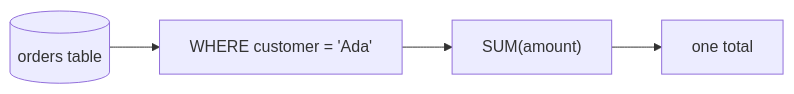
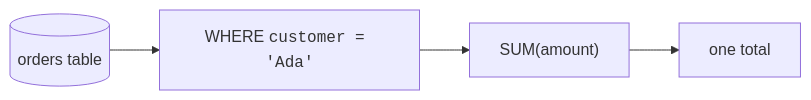
One commit to dataslope/dataslope changed the fourth of 4 diagrams in content/learn/sqlite-for-beginners/aggregate-functions.mdx. Above: the diagram before and after it, drawn with Mermaid. The commit also changed other lines of this file and 218 other files, not shown here.

First line of the commit message:
Render code-only mermaid shapes in monospace; convert step sequences to Steps (#467)

````diff
--- a/content/learn/sqlite-for-beginners/aggregate-functions.mdx
+++ b/content/learn/sqlite-for-beginners/aggregate-functions.mdx
@@ -227,6 +227,6 @@
 ```mermaid
 flowchart LR
-    T[("orders table")] --> W["WHERE customer = 'Ada'"]
+    T[("orders table")] --> W["WHERE <code>customer = 'Ada'</code>"]
     W --> S["SUM(amount)"]
     S --> R["one total"]
 ```
````
